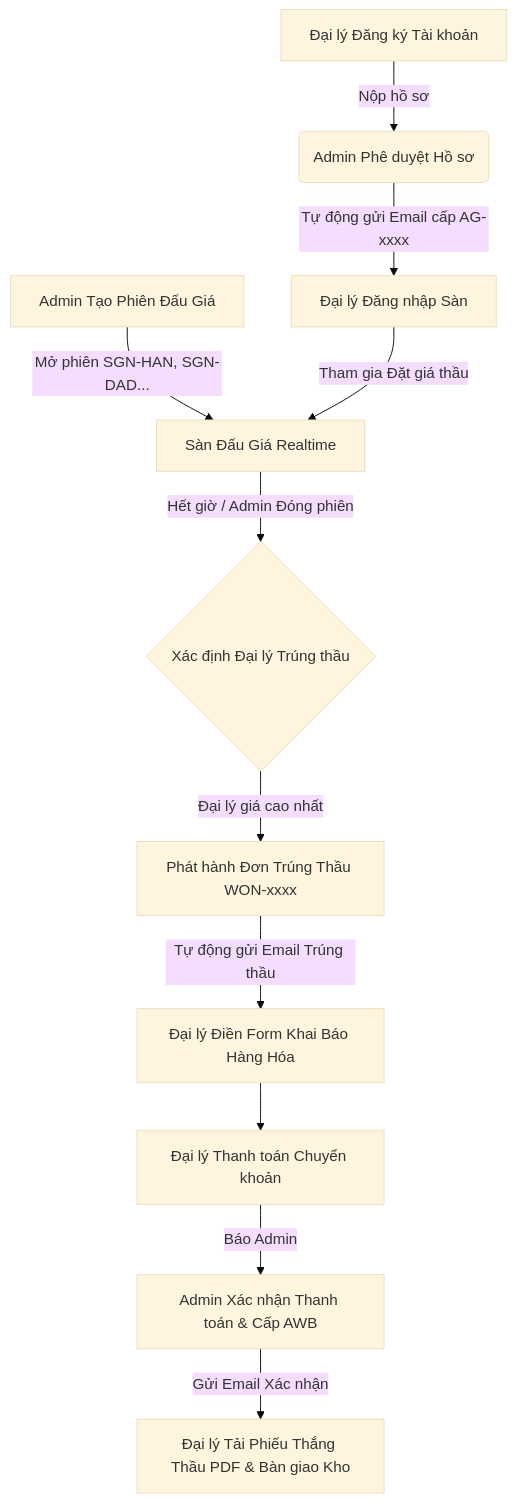
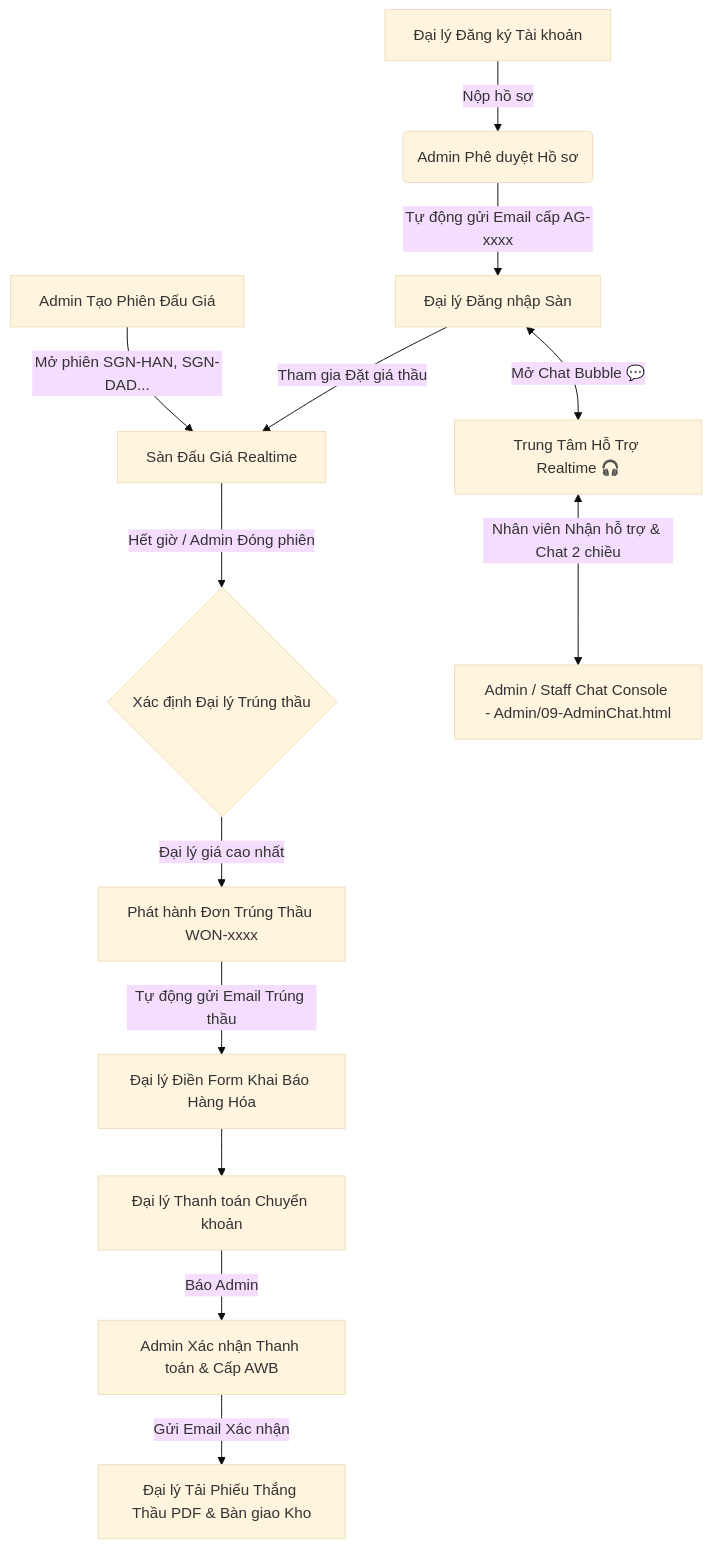
Before and after one commit to hieubuidinh1337/BiddingCargoIntern: the diagram in README.md, drawn with Mermaid (base theme). The commit also changed other lines of this file and 1 other file, not shown here.

````diff
--- a/README.md
+++ b/README.md
@@ -33,13 +34,16 @@
 ```mermaid
 graph TD
     A[Đại lý Đăng ký Tài khoản] -->|Nộp hồ sơ| B(Admin Phê duyệt Hồ sơ)
     B -->|Tự động gửi Email cấp AG-xxxx| C[Đại lý Đăng nhập Sàn]
     D[Admin Tạo Phiên Đấu Giá] -->|Mở phiên SGN-HAN, SGN-DAD...| E[Sàn Đấu Giá Realtime]
     C -->|Tham gia Đặt giá thầu| E
     E -->|Hết giờ / Admin Đóng phiên| F{Xác định Đại lý Trúng thầu}
     F -->|Đại lý giá cao nhất| G[Phát hành Đơn Trúng Thầu WON-xxxx]
     G -->|Tự động gửi Email Trúng thầu| H[Đại lý Điền Form Khai Báo Hàng Hóa]
     H --> I[Đại lý Thanh toán Chuyển khoản]
     I -->|Báo Admin| J[Admin Xác nhận Thanh toán & Cấp AWB]
     J -->|Gửi Email Xác nhận| K[Đại lý Tải Phiếu Thắng Thầu PDF & Bàn giao Kho]
+    
+    C <-->|Mở Chat Bubble 💬| L[Trung Tâm Hỗ Trợ Realtime 🎧]
+    L <-->|Nhân viên Nhận hỗ trợ & Chat 2 chiều| M[Admin / Staff Chat Console - Admin/09-AdminChat.html]
 ```
````
